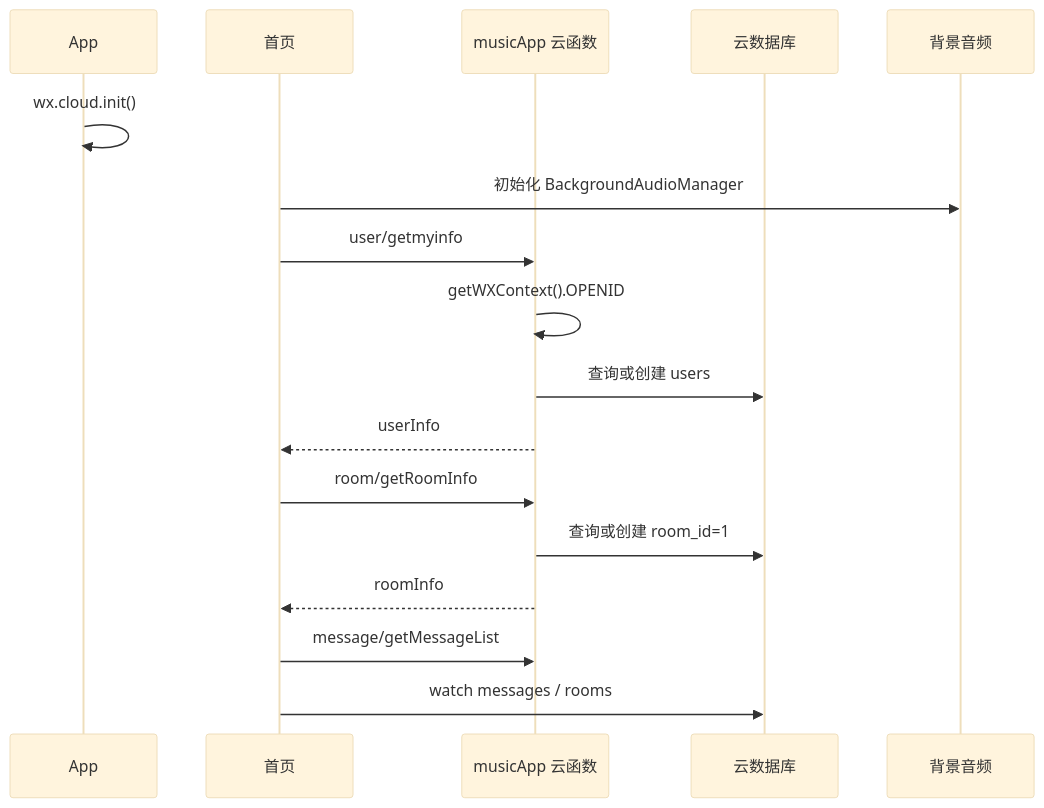
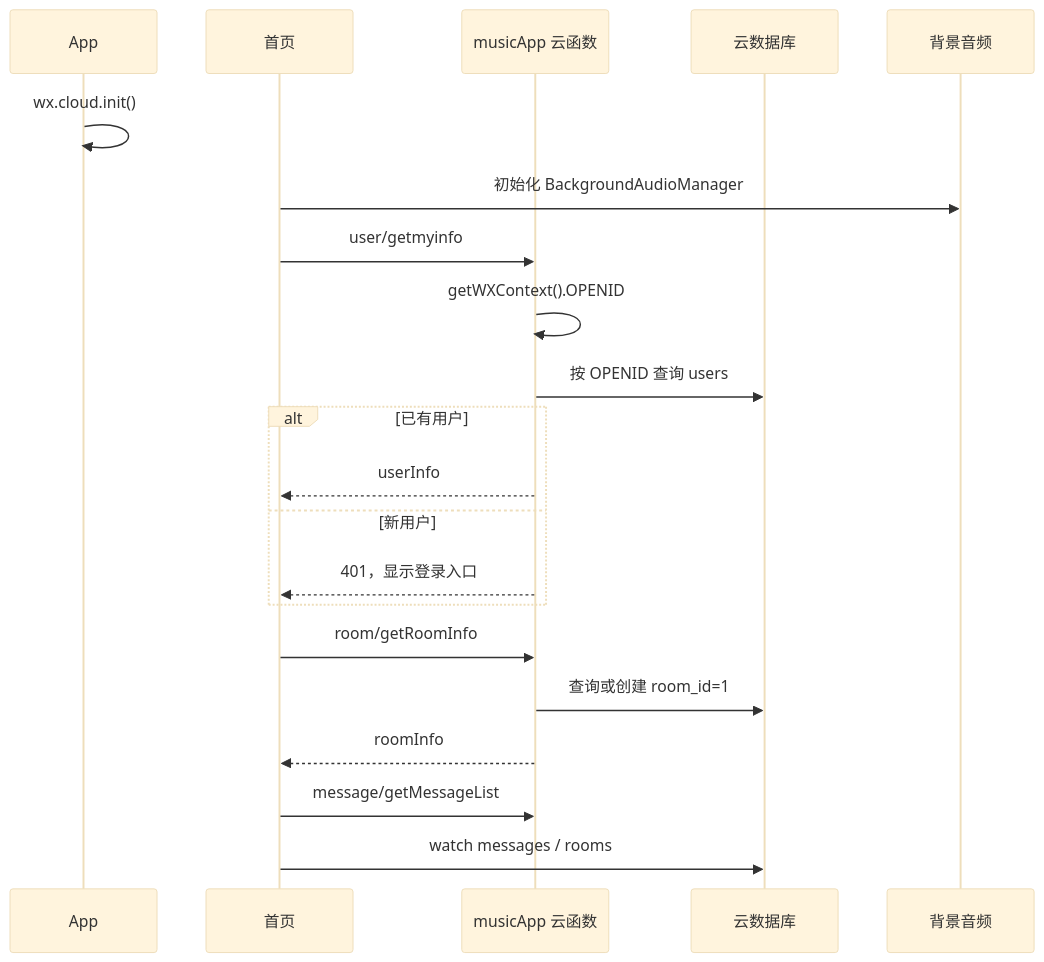
Before and after one commit to Neveryu/miniprogram-music: the second of 3 diagrams in docs/code-wiki/02-整体架构.md, drawn with Mermaid (base theme). The commit also changed other lines of this file and 61 other files, not shown here.

````diff
--- a/docs/code-wiki/02-整体架构.md
+++ b/docs/code-wiki/02-整体架构.md
@@ -36,20 +36,24 @@
 ```mermaid
 sequenceDiagram
     participant App
     participant Index as 首页
     participant Cloud as musicApp 云函数
     participant DB as 云数据库
     participant Audio as 背景音频
 
     App->>App: wx.cloud.init()
     Index->>Audio: 初始化 BackgroundAudioManager
     Index->>Cloud: user/getmyinfo
     Cloud->>Cloud: getWXContext().OPENID
-    Cloud->>DB: 查询或创建 users
-    Cloud-->>Index: userInfo
+    Cloud->>DB: 按 OPENID 查询 users
+    alt 已有用户
+        Cloud-->>Index: userInfo
+    else 新用户
+        Cloud-->>Index: 401，显示登录入口
+    end
     Index->>Cloud: room/getRoomInfo
     Cloud->>DB: 查询或创建 room_id=1
     Cloud-->>Index: roomInfo
     Index->>Cloud: message/getMessageList
     Index->>DB: watch messages / rooms
 ```
````
